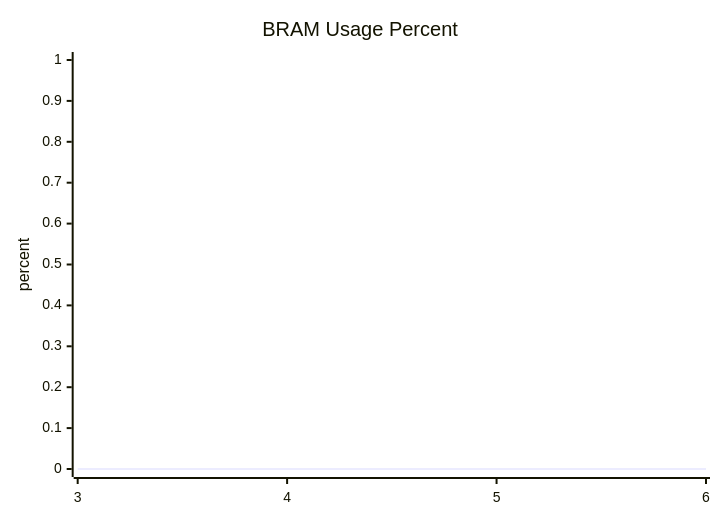
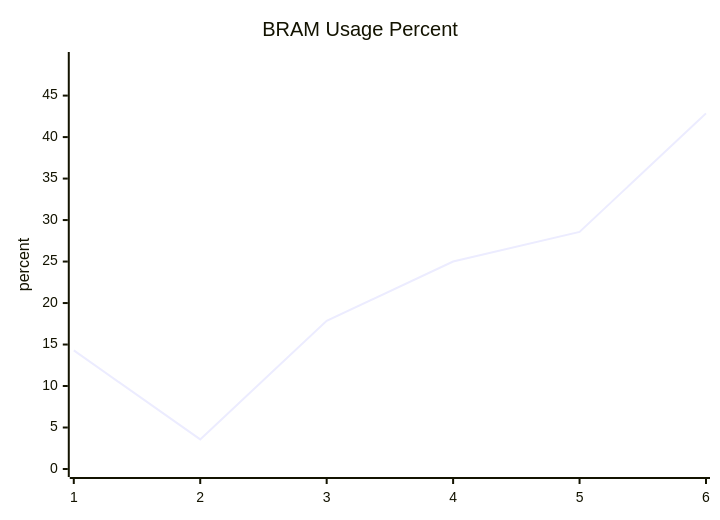
Before and after one commit to awtoau/cynthion-workspace: the third of 5 diagrams in riscv-64/metrics/reports/ecp5_usage_report.md, drawn with Mermaid. The commit also changed other lines of this file and 2 other files, not shown here.

````diff
--- a/riscv-64/metrics/reports/ecp5_usage_report.md
+++ b/riscv-64/metrics/reports/ecp5_usage_report.md
@@ -44,7 +216,7 @@
 ```mermaid
 xychart-beta
   title "BRAM Usage Percent"
-  x-axis [3, 4, 5, 6]
-  y-axis "percent" 0 --> 1.00
-  line [0.00, 0.00, 0.00, 0.00]
+  x-axis [1, 2, 3, 4, 5, 6]
+  y-axis "percent" 0 --> 49.29
+  line [14.29, 3.57, 17.86, 25.00, 28.57, 42.86]
 ```
````
